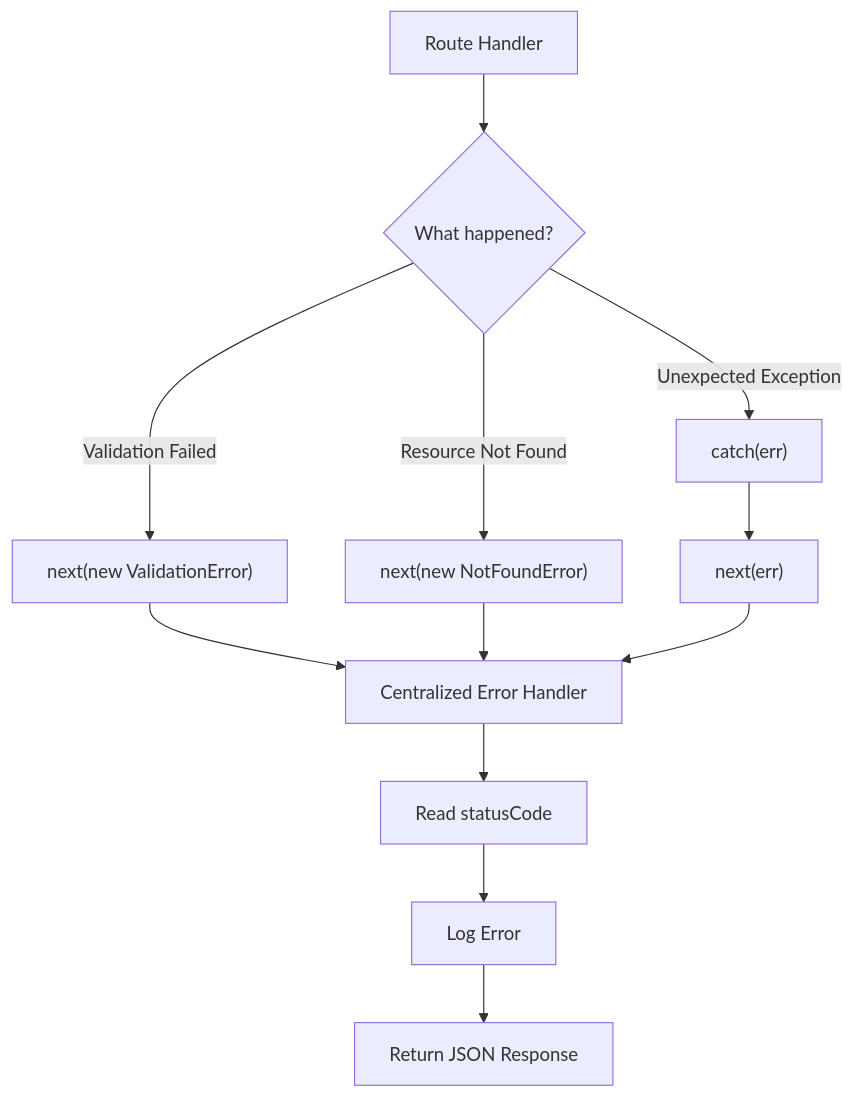
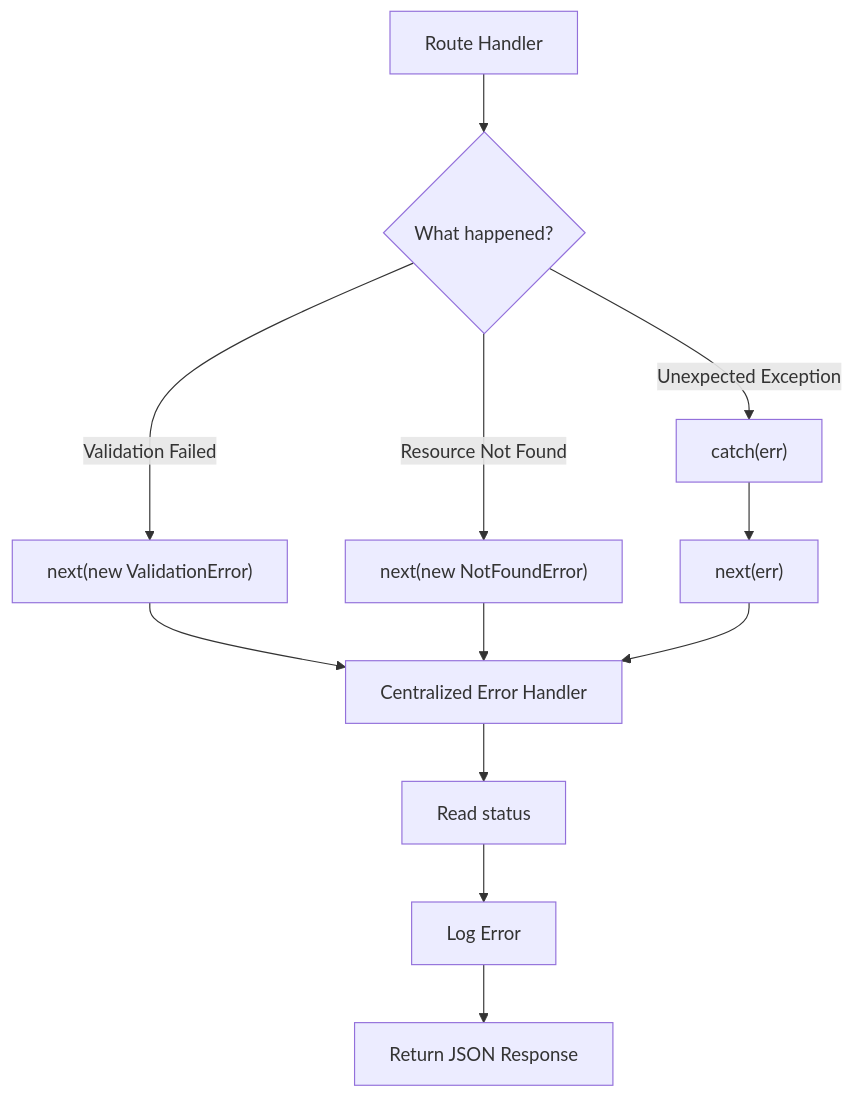
The third of 3 diagrams in docs/concept-middleware-chain-design.md (srzen/marketplace-api), drawn with Mermaid before and after one commit. The commit also changed other lines of this file, not shown here.

Commit message:
docs: update error handling documentation to reflect status instead of statusCode

````diff
--- a/docs/concept-middleware-chain-design.md
+++ b/docs/concept-middleware-chain-design.md
@@ -49,20 +49,20 @@
 ```mermaid
 flowchart TD
     A[Route Handler]
 
     A --> B{What happened?}
 
     B -->|Validation Failed| C["next(new ValidationError)"]
     B -->|Resource Not Found| D["next(new NotFoundError)"]
     B -->|Unexpected Exception| E["catch(err)"]
 
     E --> F["next(err)"]
 
     C --> G[Centralized Error Handler]
     D --> G
     F --> G
 
-    G --> H[Read statusCode]
+    G --> H[Read status]
     H --> I[Log Error]
     I --> J[Return JSON Response]
 ```
````
